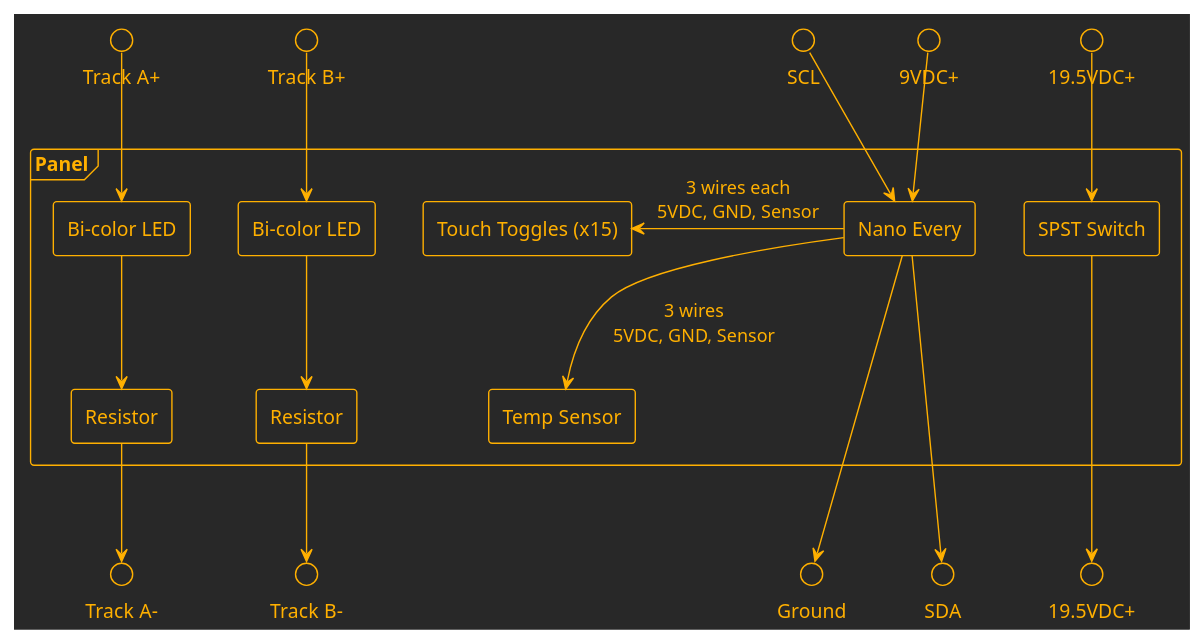
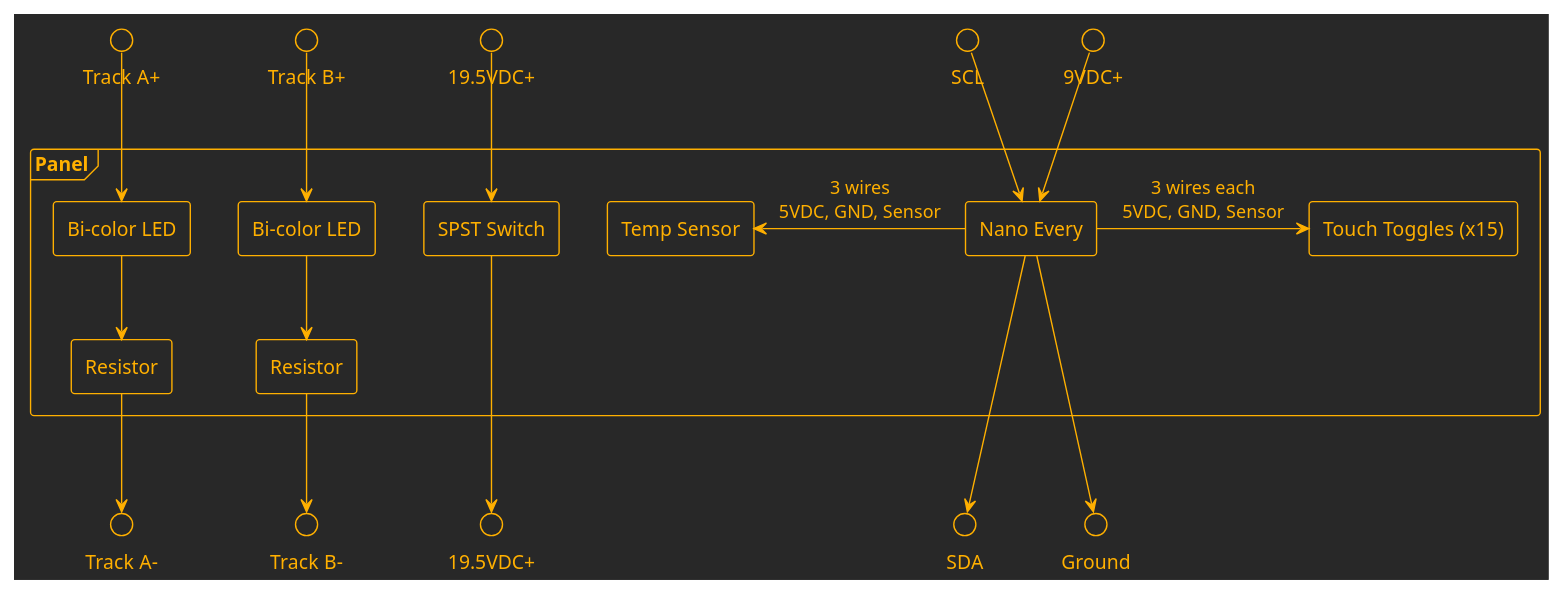
The diagram in docs/PANEL_WIRING.puml (kmltechio/lumber_district), drawn with PlantUML before and after one commit.

```diff
--- a/docs/PANEL_WIRING.puml
+++ b/docs/PANEL_WIRING.puml
@@ -1,49 +1,48 @@
 @startuml Communications & Ports
 
 !theme crt-amber
 skinparam componentStyle rectangle
 
 interface "19.5VDC+" as dcplus19
 interface "9VDC+" as dcplus9
 interface "SCL" as scl
 interface "Track A+" as a_plus
 interface "Track B+" as b_plus
 
 frame Panel {
     component [SPST Switch] as spst
     component [Nano Every] as nano
     component [Bi-color LED] as led_a
     component [Resistor] as res_a
     component [Bi-color LED] as led_b
     component [Resistor] as res_b
     component [Touch Toggles (x15)] as touch
     component [Temp Sensor] as temp
 }
 
 interface "19.5VDC+" as dcplus19_b
 interface "Ground" as ground
 interface "SDA" as sda
 interface "Track A-" as a_minus
 interface "Track B-" as b_minus
 
 dcplus19 --> spst
 spst ---> dcplus19_b
 
 dcplus9 --> nano
 nano ---> ground
 scl --> nano
 nano ---> sda
 
 a_plus --> led_a
 led_a --> res_a
 res_a --> a_minus
 
 b_plus --> led_b
 led_b --> res_b
 res_b --> b_minus
 
-nano -r-> touch : 3 wires each\n5VDC, GND, Sensor
-nano --> temp : 3 wires\n5VDC, GND, Sensor
-touch -[hidden]d-> temp
+nano -> touch : 3 wires each\n5VDC, GND, Sensor
+nano -l-> temp : 3 wires\n5VDC, GND, Sensor
 
 @enduml
```
